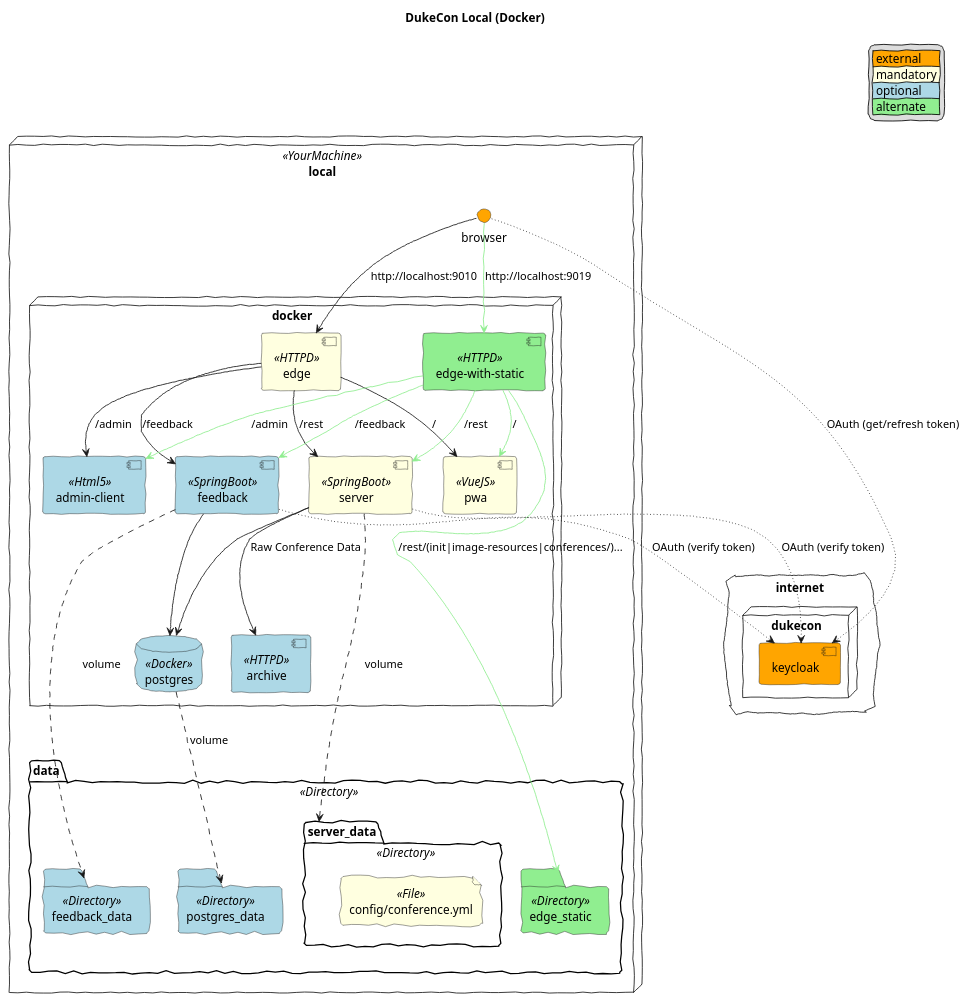
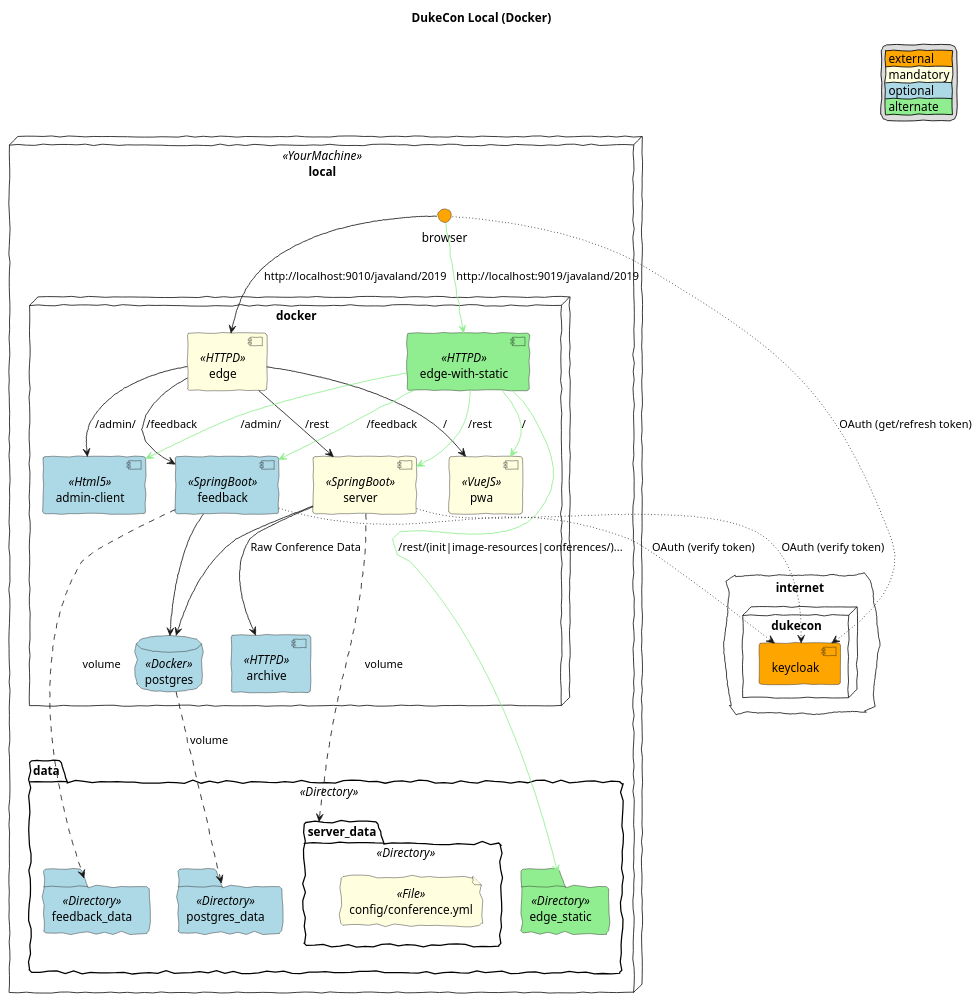
One commit to dukecon/dukecon_local changed the diagram in src/main/asciidoc/images/deployment.puml. Above: the diagram before and after it, drawn with PlantUML.

Commit message:
Removed limitation with central keylcoak, added some details to puml

```diff
--- a/src/main/asciidoc/images/deployment.puml
+++ b/src/main/asciidoc/images/deployment.puml
@@ -1,70 +1,70 @@
 @startuml
 'skinparam linetype ortho
 skinparam handwritten true
 
 title DukeCon Local (Docker)
 
 legend top right
 '|= Types |
 |<#orange> external |
 |<#lightyellow> mandatory |
 |<#lightblue> optional |
 |<#lightgreen> alternate |
 endlegend
 
 node local <<YourMachine>> {
     interface browser #orange
 
     node docker {
         component edge <<HTTPD>> #lightyellow
         component "edge-with-static" as extended_edge <<HTTPD>> #lightgreen
         component pwa <<VueJS>> #lightyellow
         component server <<SpringBoot>> #lightyellow
         component archive <<HTTPD>> #lightblue
         component feedback <<SpringBoot>> #lightblue
         component "admin-client" <<Html5>> as admin #lightblue
         database postgres <<Docker>> #lightblue
     }
 
     folder data <<Directory>> {
         folder server_data <<Directory>> {
             file "config/conference.yml" <<File>> #lightyellow
         }
         folder feedback_data <<Directory>> #lightblue
         folder postgres_data <<Directory>> #lightblue
         folder edge_static <<Directory>> #lightgreen
     }
 
-    browser --> edge : "http://localhost:9010"
+    browser --> edge : "http://localhost:9010/javaland/2019"
     edge --> pwa : "/"
     edge --> server : "/rest"
     edge --> feedback : "/feedback"
-    edge --> admin : "/admin"
+    edge --> admin : "/admin/"
 
-    browser --> extended_edge #lightgreen : "http://localhost:9019"
+    browser --> extended_edge #lightgreen : "http://localhost:9019/javaland/2019"
     extended_edge --> pwa #lightgreen : "/"
     extended_edge --> server #lightgreen : "/rest"
     extended_edge --> feedback #lightgreen : "/feedback"
-    extended_edge --> admin #lightgreen : "/admin"
+    extended_edge --> admin #lightgreen : "/admin/"
     extended_edge --> edge_static #lightgreen : "/rest/(init|image-resources|conferences/)..."
 
     server --> archive : "Raw Conference Data"
     server --> postgres
     feedback --> postgres
 
     feedback .-> feedback_data : volume
     server .-> server_data : volume
     postgres .-> postgres_data : volume
 }
 
 cloud internet {
     node dukecon {
         component keycloak #orange
     }
 }
 
 browser -[dotted]-> keycloak : OAuth (get/refresh token)
 server -[dotted]-> keycloak : OAuth (verify token)
 feedback -[dotted]-> keycloak : OAuth (verify token)
 
 @enduml
```
